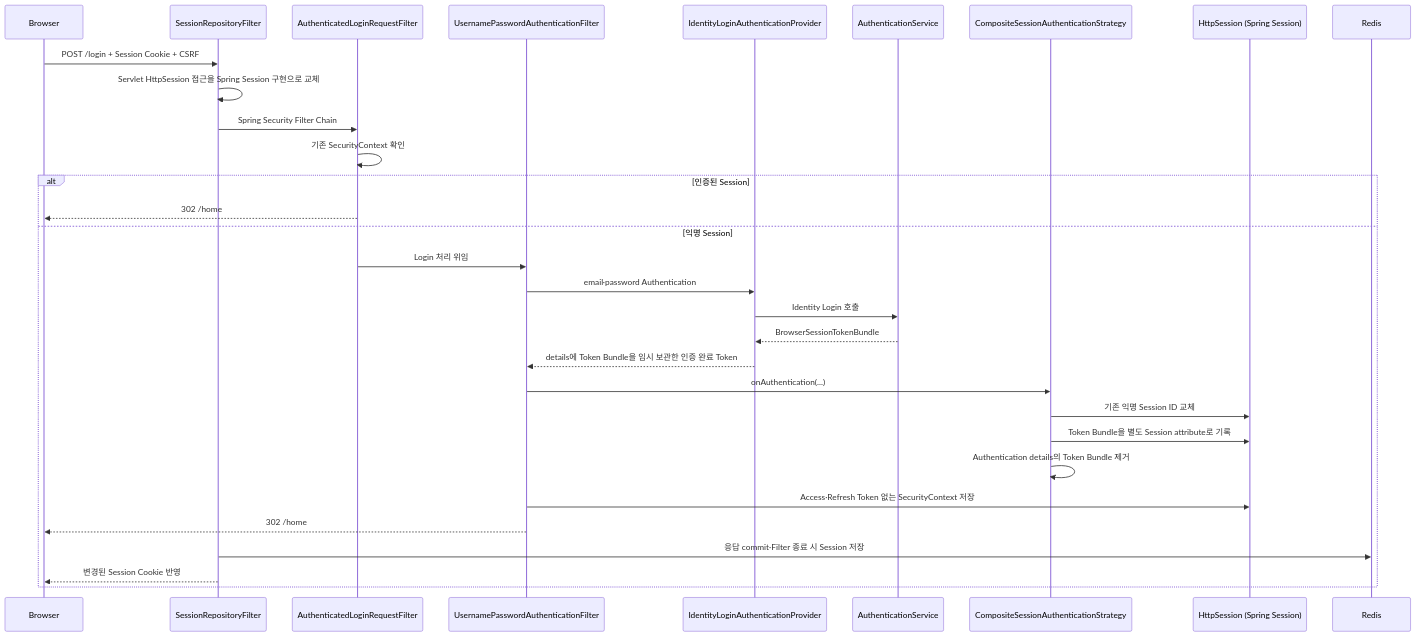
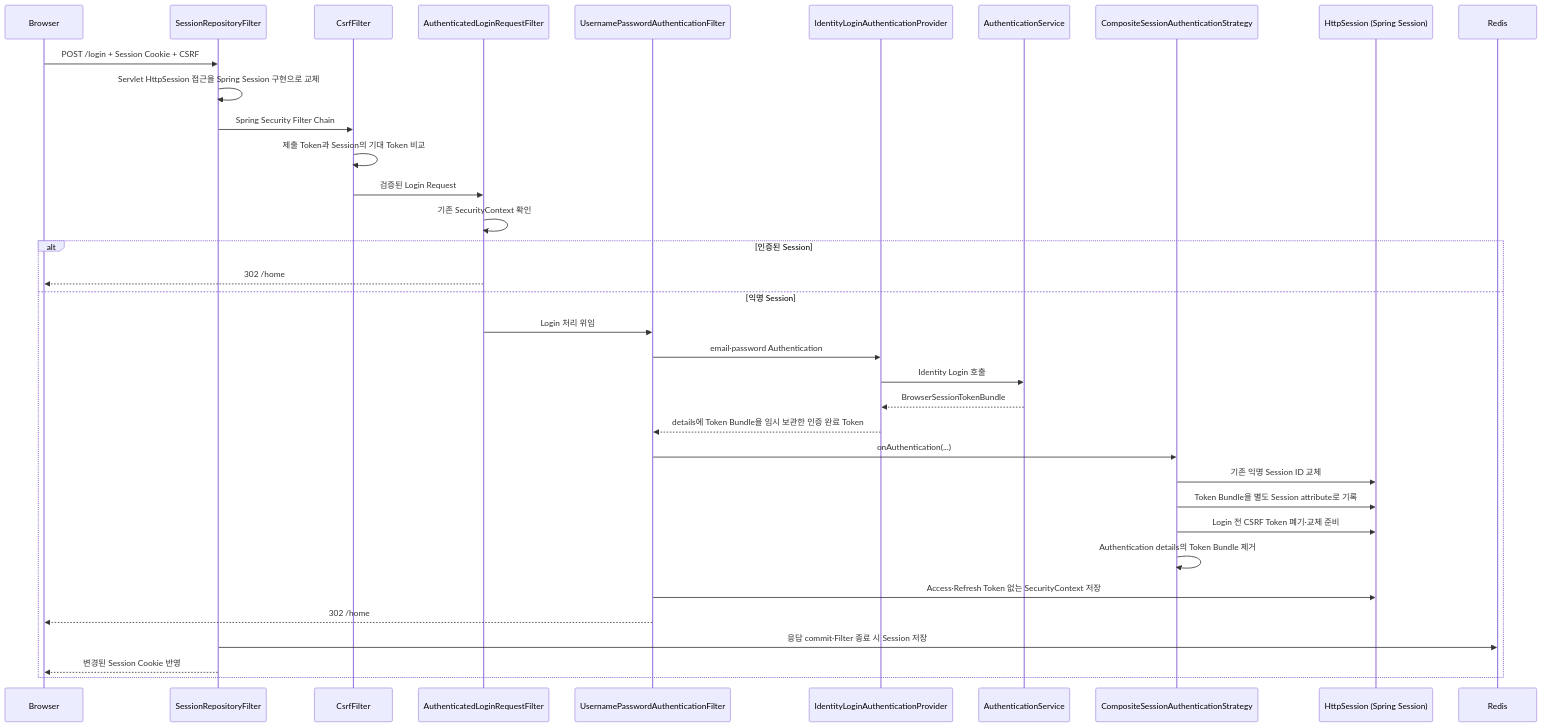
Before and after one commit to nhnacademy-aiot3-omagotchi/omagotchi-frontend: the first of 4 diagrams in docs/onboarding/02-session-authentication-flow.md, drawn with Mermaid. The commit also changed other lines of this file, not shown here.

Commit message:
docs: 인증 흐름에서 csrf와 403 관련 문구 보완

````diff
--- a/docs/onboarding/02-session-authentication-flow.md
+++ b/docs/onboarding/02-session-authentication-flow.md
@@ -86,34 +86,38 @@
 ```mermaid
 sequenceDiagram
     participant B as Browser
     participant SRF as SessionRepositoryFilter
+    participant CF as CsrfFilter
     participant ALF as AuthenticatedLoginRequestFilter
     participant UPAF as UsernamePasswordAuthenticationFilter
     participant AP as IdentityLoginAuthenticationProvider
     participant AS as AuthenticationService
     participant CSS as CompositeSessionAuthenticationStrategy
     participant HS as HttpSession (Spring Session)
     participant R as Redis
 
     B->>SRF: POST /login + Session Cookie + CSRF
     SRF->>SRF: Servlet HttpSession 접근을 Spring Session 구현으로 교체
-    SRF->>ALF: Spring Security Filter Chain
+    SRF->>CF: Spring Security Filter Chain
+    CF->>CF: 제출 Token과 Session의 기대 Token 비교
+    CF->>ALF: 검증된 Login Request
     ALF->>ALF: 기존 SecurityContext 확인
     alt 인증된 Session
         ALF-->>B: 302 /home
     else 익명 Session
         ALF->>UPAF: Login 처리 위임
         UPAF->>AP: email·password Authentication
         AP->>AS: Identity Login 호출
         AS-->>AP: BrowserSessionTokenBundle
         AP-->>UPAF: details에 Token Bundle을 임시 보관한 인증 완료 Token
         UPAF->>CSS: onAuthentication(...)
         CSS->>HS: 기존 익명 Session ID 교체
         CSS->>HS: Token Bundle을 별도 Session attribute로 기록
+        CSS->>HS: Login 전 CSRF Token 폐기·교체 준비
         CSS->>CSS: Authentication details의 Token Bundle 제거
         UPAF->>HS: Access·Refresh Token 없는 SecurityContext 저장
         UPAF-->>B: 302 /home
         SRF->>R: 응답 commit·Filter 종료 시 Session 저장
         SRF-->>B: 변경된 Session Cookie 반영
     end
 ```
````
